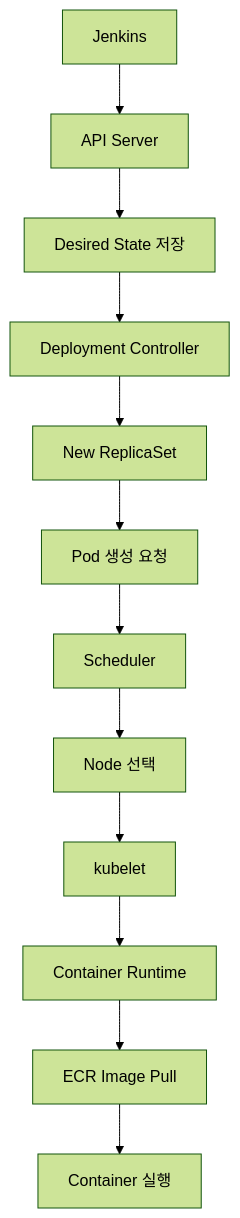
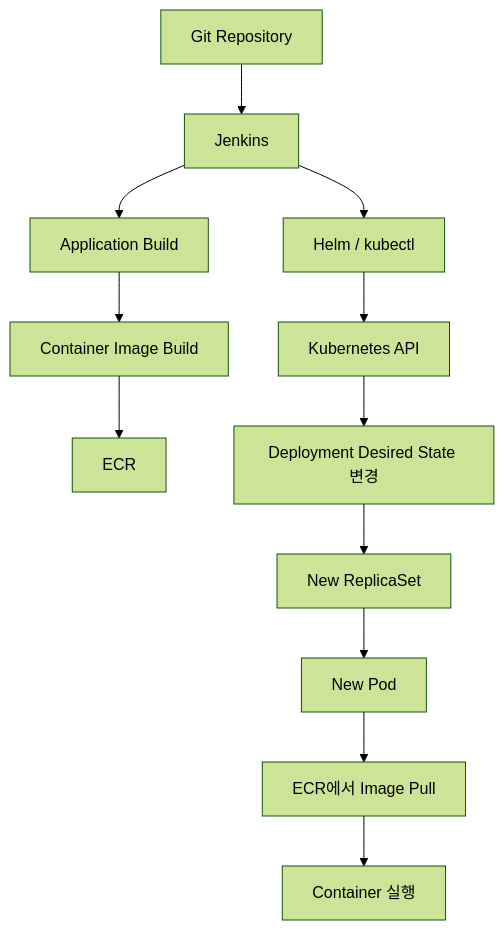
One commit to jw3418/jw3418.github.io changed the second of 2 diagrams in _posts/2026-08-16-jenkins-eks-deployment-flow.md. Above: the diagram before and after it, drawn with Mermaid (forest theme). The commit also changed other lines of this file, not shown here.

First line of the commit message:
Clarify Jenkins and EKS deployment process

````diff
--- a/_posts/2026-08-16-jenkins-eks-deployment-flow.md
+++ b/_posts/2026-08-16-jenkins-eks-deployment-flow.md
@@ -192,14 +420,17 @@
 ```mermaid
 flowchart TD
-    A["Jenkins"] --> B["API Server"]
-    B --> C["Desired State 저장"]
-    C --> D["Deployment Controller"]
-    D --> E["New ReplicaSet"]
-    E --> F["Pod 생성 요청"]
-    F --> G["Scheduler"]
-    G --> H["Node 선택"]
-    H --> I["kubelet"]
-    I --> J["Container Runtime"]
-    J --> K["ECR Image Pull"]
+    A["Git Repository"] --> B["Jenkins"]
+
+    B --> C["Application Build"]
+    C --> D["Container Image Build"]
+    D --> E["ECR"]
+
+    B --> F["Helm / kubectl"]
+    F --> G["Kubernetes API"]
+    G --> H["Deployment Desired State 변경"]
+
+    H --> I["New ReplicaSet"]
+    I --> J["New Pod"]
+    J --> K["ECR에서 Image Pull"]
     K --> L["Container 실행"]
 ```
````
